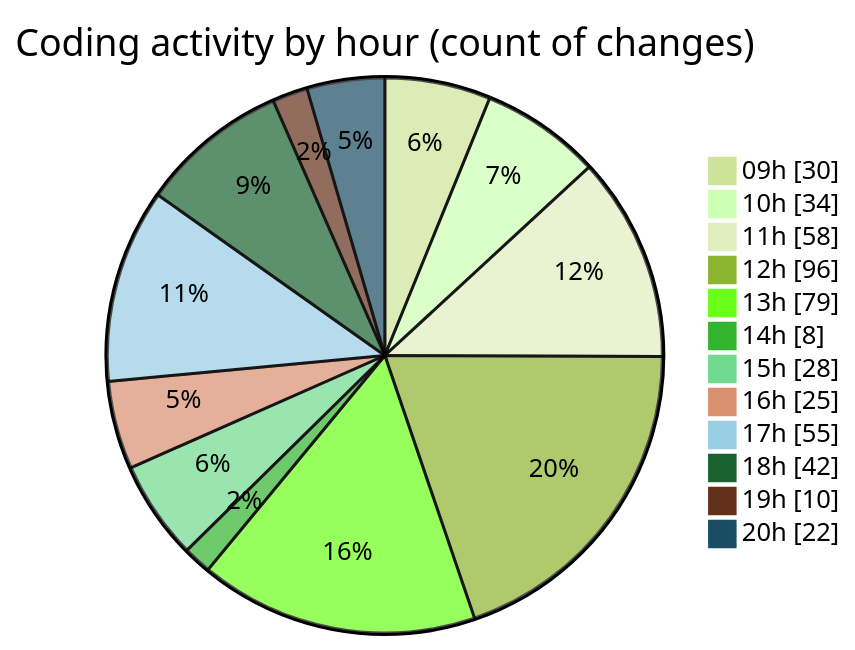
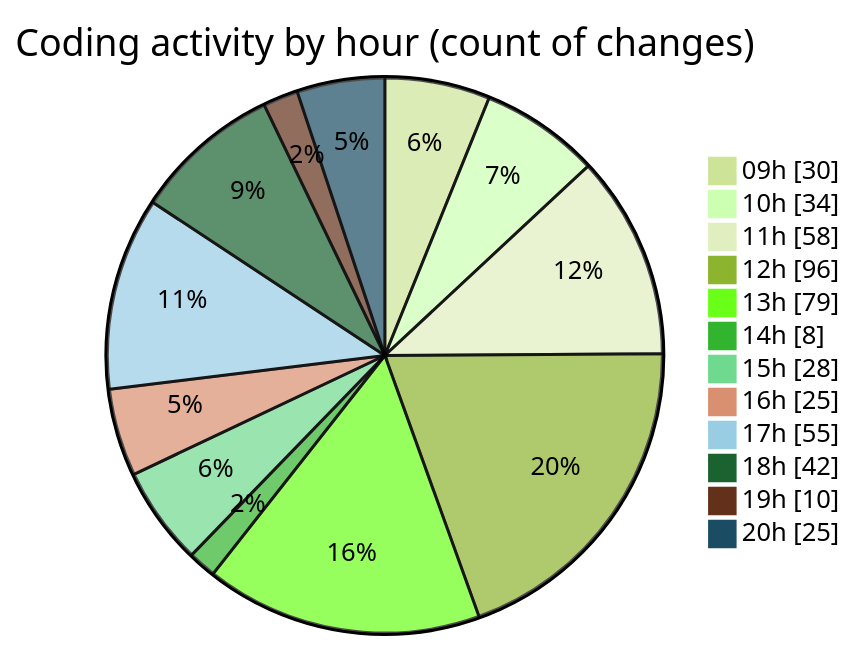
One commit to momahboobian/code-tracking changed the second of 2 diagrams in 2025-04-02/cda/README.md. Above: the diagram before and after it, drawn with Mermaid (forest theme). The commit also changed other lines of this file and 1 other file, not shown here.

````diff
--- a/2025-04-02/cda/README.md
+++ b/2025-04-02/cda/README.md
@@ -40,16 +40,16 @@
 ```mermaid
 pie showData
 title Coding activity by hour (count of changes)
 "09h" : 30
 "10h" : 34
 "11h" : 58
 "12h" : 96
 "13h" : 79
 "14h" : 8
 "15h" : 28
 "16h" : 25
 "17h" : 55
 "18h" : 42
 "19h" : 10
-"20h" : 22
+"20h" : 25
 ```
````
